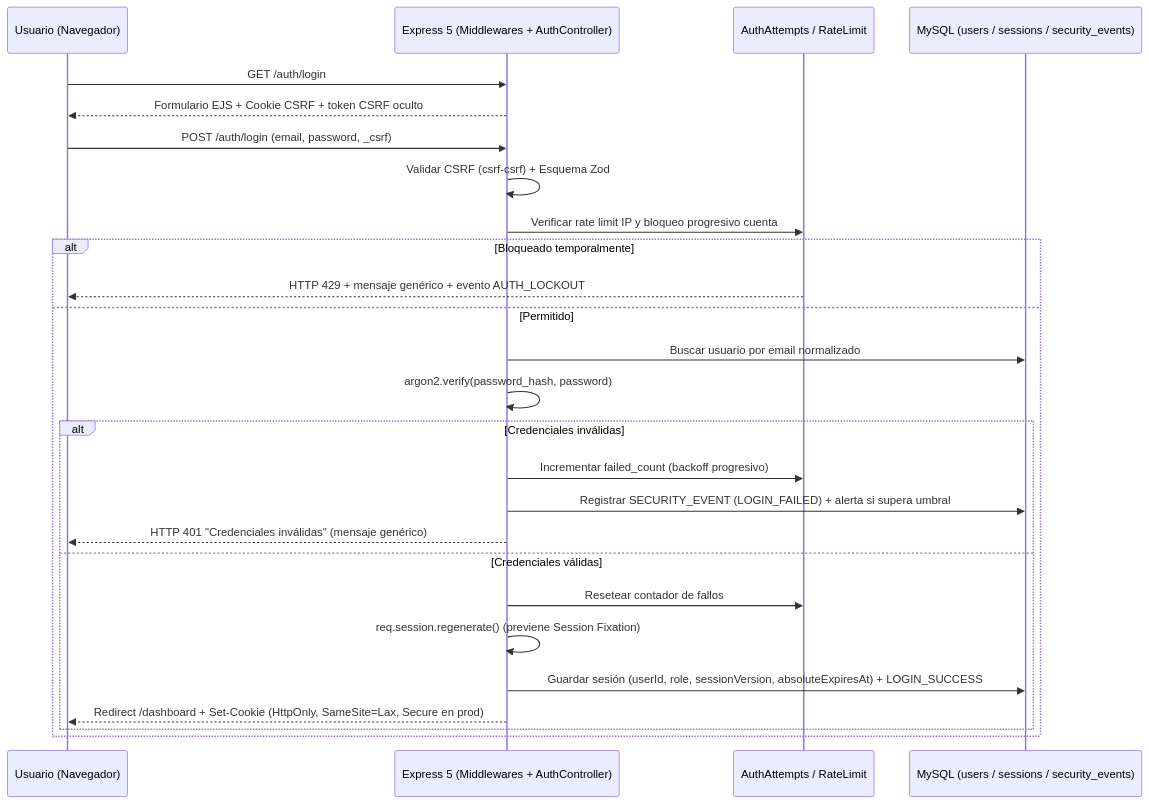
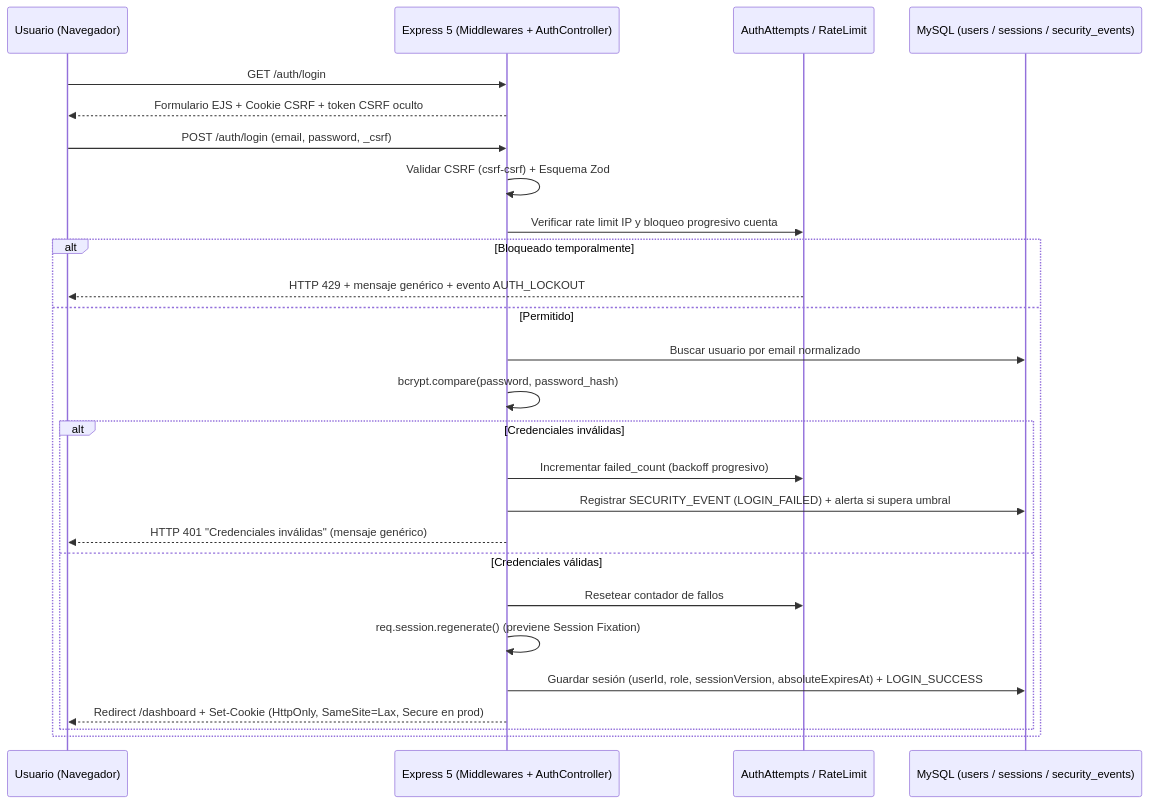
Before and after one commit to salgueroreymond2-tech/laboratorio-node.js: the third of 3 diagrams in docs/architecture.md, drawn with Mermaid. The commit also changed other lines of this file and 165 other files, not shown here.

````diff
--- a/docs/architecture.md
+++ b/docs/architecture.md
@@ -172,29 +172,29 @@
 ```mermaid
 sequenceDiagram
     participant U as Usuario (Navegador)
     participant App as Express 5 (Middlewares + AuthController)
     participant Lim as AuthAttempts / RateLimit
     participant DB as MySQL (users / sessions / security_events)
 
     U->>App: GET /auth/login
     App-->>U: Formulario EJS + Cookie CSRF + token CSRF oculto
     U->>App: POST /auth/login (email, password, _csrf)
     App->>App: Validar CSRF (csrf-csrf) + Esquema Zod
     App->>Lim: Verificar rate limit IP y bloqueo progresivo cuenta
     alt Bloqueado temporalmente
         Lim-->>U: HTTP 429 + mensaje genérico + evento AUTH_LOCKOUT
     else Permitido
         App->>DB: Buscar usuario por email normalizado
-        App->>App: argon2.verify(password_hash, password)
+        App->>App: bcrypt.compare(password, password_hash)
         alt Credenciales inválidas
             App->>Lim: Incrementar failed_count (backoff progresivo)
             App->>DB: Registrar SECURITY_EVENT (LOGIN_FAILED) + alerta si supera umbral
             App-->>U: HTTP 401 "Credenciales inválidas" (mensaje genérico)
         else Credenciales válidas
             App->>Lim: Resetear contador de fallos
             App->>App: req.session.regenerate() (previene Session Fixation)
             App->>DB: Guardar sesión (userId, role, sessionVersion, absoluteExpiresAt) + LOGIN_SUCCESS
             App-->>U: Redirect /dashboard + Set-Cookie (HttpOnly, SameSite=Lax, Secure en prod)
         end
     end
 ```
````
